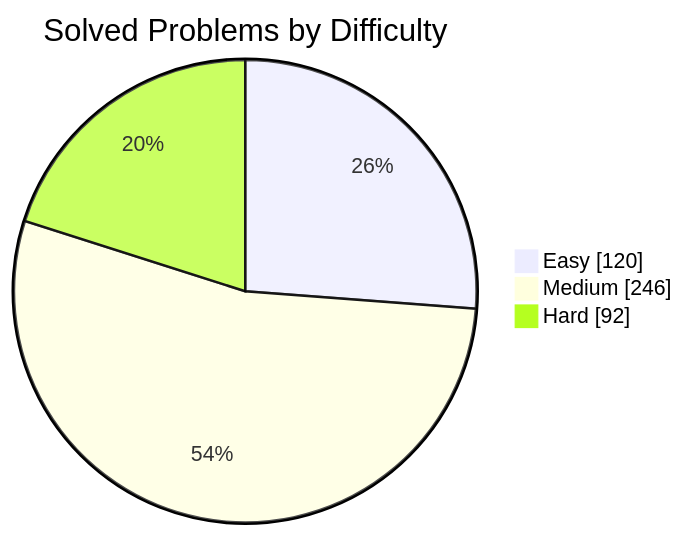
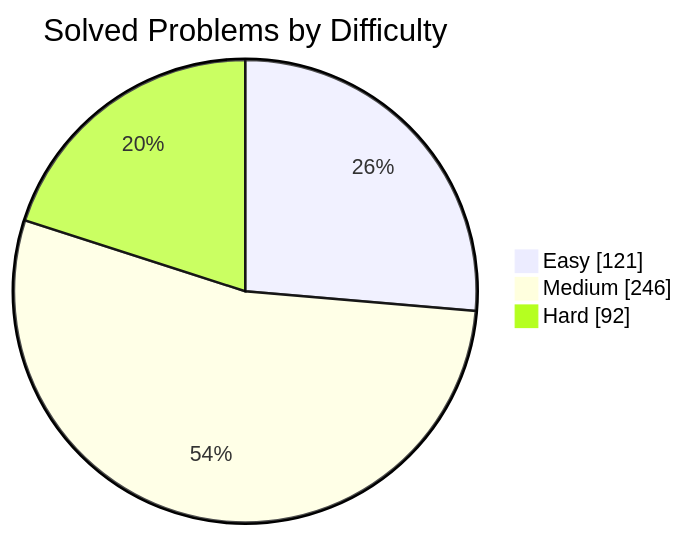
One commit to manikantbindass/DSA-Preparation-FAANG changed the first of 2 diagrams in README.md. Above: the diagram before and after it, drawn with Mermaid. The commit also changed other lines of this file and 1 other file, not shown here.

````diff
--- a/README.md
+++ b/README.md
@@ -77,7 +77,7 @@
 ```mermaid
 pie showData
     title Solved Problems by Difficulty
-    "Easy" : 120
+    "Easy" : 121
     "Medium" : 246
     "Hard" : 92
 ```
````
